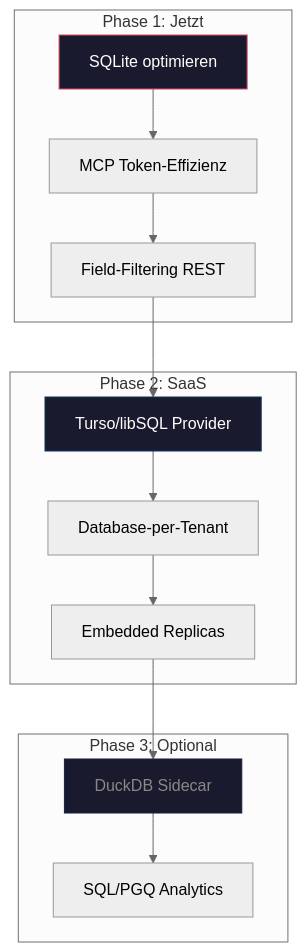
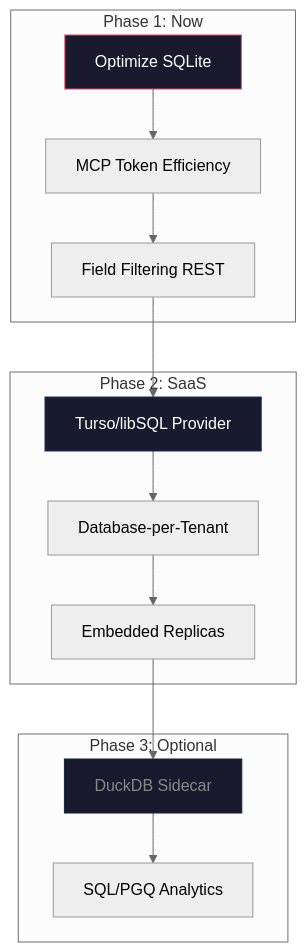
One commit to MrNedimBoztepe/Shonkor changed the diagram in docs/architecture/architecture-review-2026-05.md. Above: the diagram before and after it, drawn with Mermaid (neutral theme). The commit also changed other lines of this file and 29 other files, not shown here.

````diff
--- a/docs/architecture/architecture-review-2026-05.md
+++ b/docs/architecture/architecture-review-2026-05.md
@@ -246,23 +246,23 @@
 ```mermaid
 graph TD
-    subgraph "Phase 1: Jetzt"
-        A["SQLite optimieren"] --> B["MCP Token-Effizienz"]
-        B --> C["Field-Filtering REST"]
+    subgraph "Phase 1: Now"
+        A["Optimize SQLite"] --> B["MCP Token Efficiency"]
+        B --> C["Field Filtering REST"]
     end
 
     subgraph "Phase 2: SaaS"
         D["Turso/libSQL Provider"] --> E["Database-per-Tenant"]
         E --> F["Embedded Replicas"]
     end
 
     subgraph "Phase 3: Optional"
         G["DuckDB Sidecar"] --> H["SQL/PGQ Analytics"]
     end
 
     C --> D
     F --> G
 
     style A fill:#1a1a2e,stroke:#e94560,color:#fff
     style D fill:#1a1a2e,stroke:#0f3460,color:#fff
     style G fill:#1a1a2e,stroke:#16213e,color:#888
 ```
````
